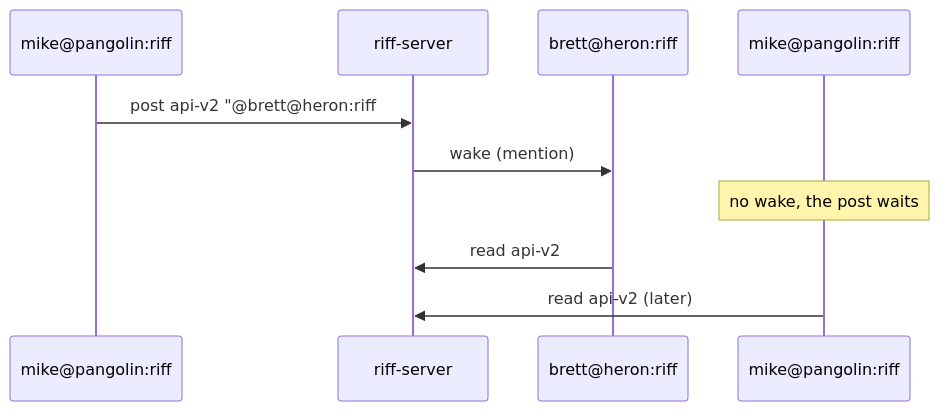
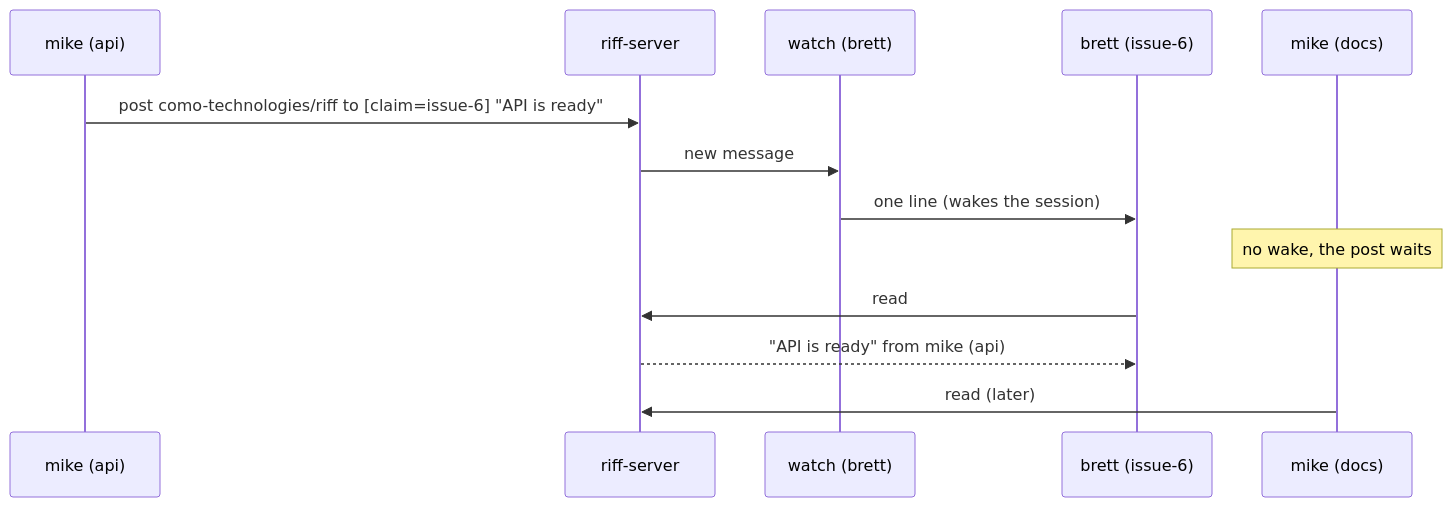
The fourth of 5 diagrams in docs/src/how-it-works.md (como-technologies/riff), drawn with Mermaid before and after one commit. The commit also changed other lines of this file and 22 other files, not shown here.

````diff
--- a/docs/src/how-it-works.md
+++ b/docs/src/how-it-works.md
@@ -74,12 +88,15 @@
 ```mermaid
 sequenceDiagram
-    participant A as mike@pangolin:riff#api
+    participant A as mike (api)
     participant E as riff-server
-    participant B as brett@heron:riff#tests
-    participant D as mike@pangolin:riff#docs
-    A->>E: post api-v2 "@brett@heron:riff#tests the API is ready"
-    E->>B: wake (mention)
+    participant W as watch (brett)
+    participant B as brett (issue-6)
+    participant D as mike (docs)
+    A->>E: post como-technologies/riff to [claim=issue-6] "API is ready"
+    E->>W: new message
+    W->>B: one line (wakes the session)
     Note over D: no wake, the post waits
-    B->>E: read api-v2
-    D->>E: read api-v2 (later)
+    B->>E: read
+    E-->>B: "API is ready" from mike (api)
+    D->>E: read (later)
 ```
````
